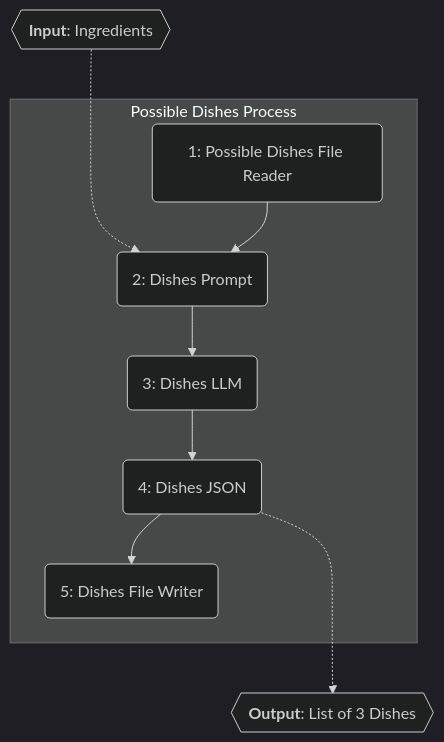
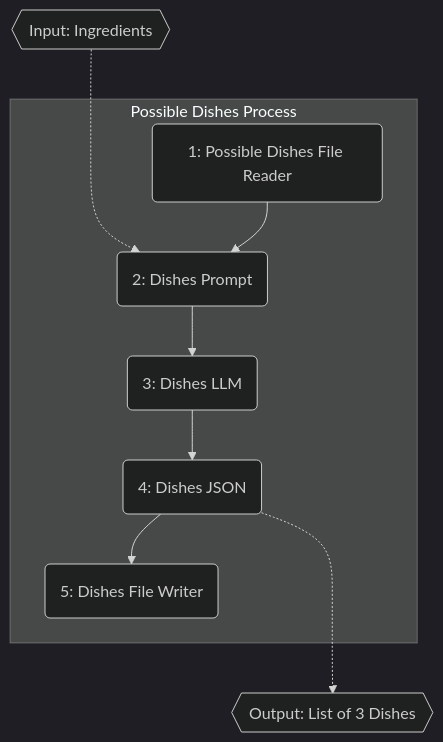
Before and after one commit to Ledgestone/AIToolkit: the diagram in README.md, drawn with Mermaid (dark theme). The commit also changed other lines of this file and 13 other files, not shown here.

````diff
--- a/README.md
+++ b/README.md
@@ -98,11 +98,11 @@
 ```mermaid
 flowchart TD
-    B{{"`**Input**: Ingredients`"}} -..-> C
+    B{{Input: Ingredients}} -..-> C
     subgraph Possible Dishes Process
     A(1: Possible Dishes File Reader) --> C(2: Dishes Prompt)
     C --> D(3: Dishes LLM)
     D --> E(4: Dishes JSON)
     E --> F(5: Dishes File Writer)
     end
-    E -..-> G{{"`**Output**: List of 3 Dishes`"}}
+    E -..-> G{{Output: List of 3 Dishes}}
 ```
````
